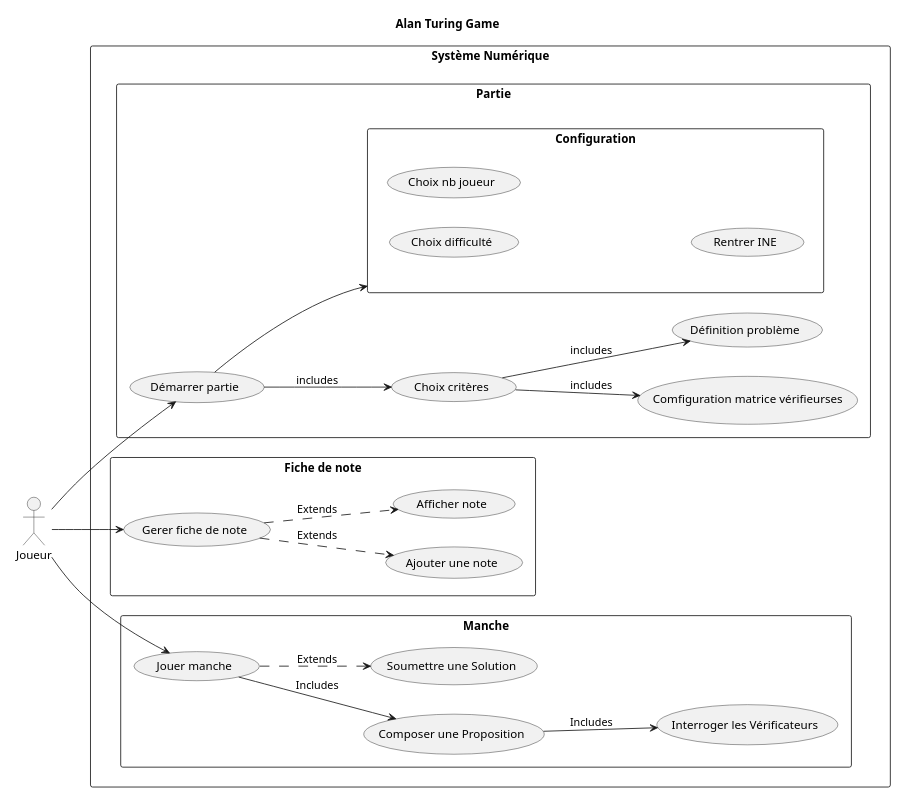
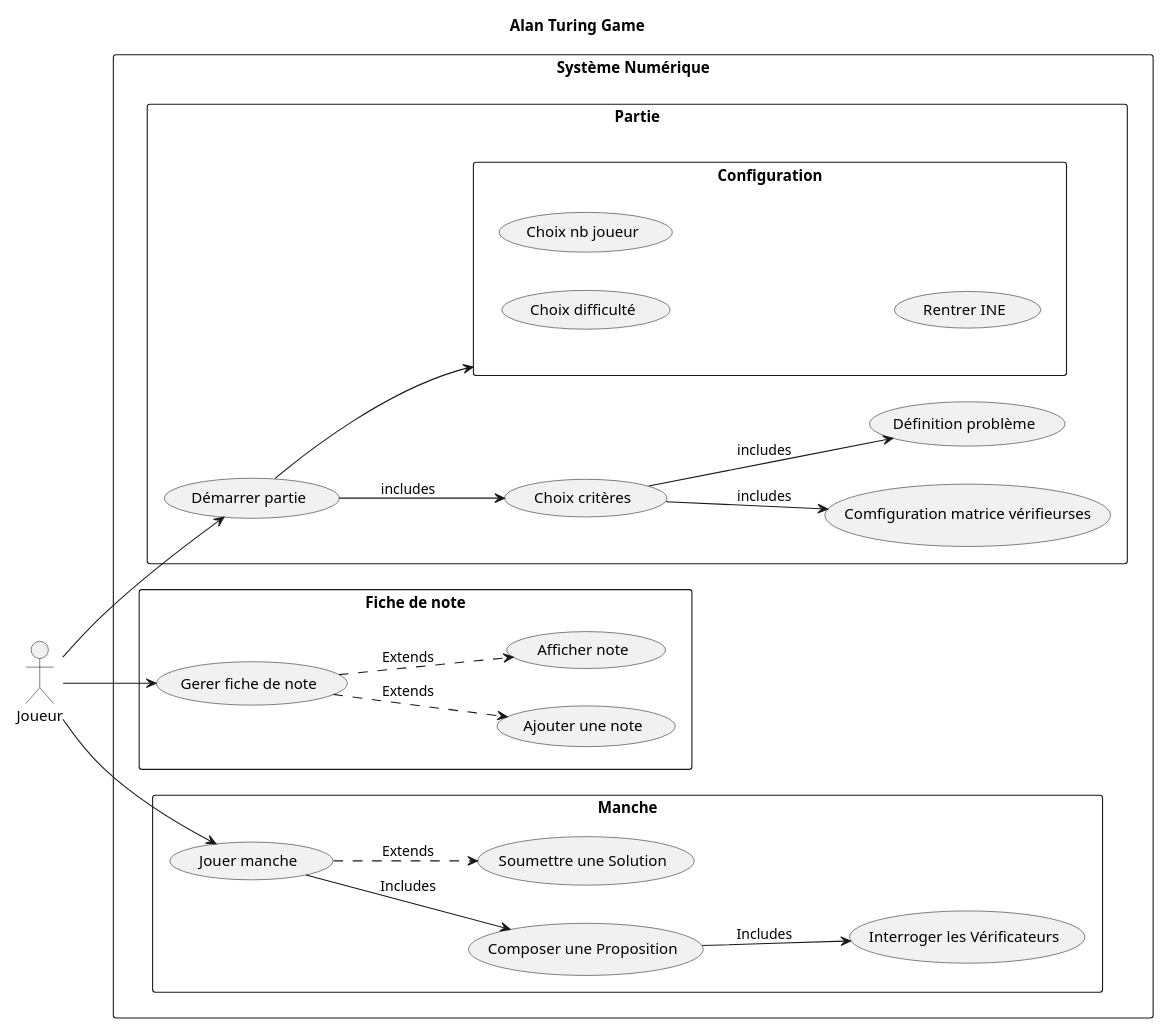
Before and after one commit to Earth-Wind-and-Fire/AP4B_Report: the diagram in Writerside/topics/Diagrammes-Use-Case.md, drawn with PlantUML. The commit also changed 3 other files, not shown here.

First line of the commit message:
Adjust PlantUML diagram scaling for better readability.

````diff
--- a/Writerside/topics/Diagrammes-Use-Case.md
+++ b/Writerside/topics/Diagrammes-Use-Case.md
@@ -14,57 +14,57 @@
 ```PlantUML
 @startuml
-scale 0.6
+scale 0.78
 
 title Alan Turing Game
 
 left to right direction
 
 actor "Joueur" as Player
 
 rectangle "Système Numérique" as System {
 
     rectangle "Partie" as game {
         usecase UC5 as "Démarrer partie"
         usecase UC6 as "Choix critères"
         usecase UC7 as "Comfiguration matrice vérifieurses"
         usecase UC8 as "Définition problème"
 
         rectangle "Configuration" as config{
                 usecase UC9 as "Choix difficulté"
                 usecase UC10 as "Choix nb joueur"
                 usecase UC14 as "Rentrer INE"
         }
 
         UC5 --> UC6 : includes
         UC6 --> UC7 : includes
         UC6 --> UC8 : includes
         UC5 --> config
     }
 
     rectangle "Fiche de note" as paper{
         usecase UC3 as "Gerer fiche de note"
         usecase UC11 as "Ajouter une note"
         usecase UC12 as "Afficher note"
 
         UC3 ..> UC11 : Extends
         UC3 ..> UC12 : Extends
     }
 
     rectangle "Manche" as round{
         usecase UC13 as "Jouer manche"
         usecase UC1 as "Composer une Proposition"
         usecase UC2 as "Interroger les Vérificateurs"
         usecase UC4 as "Soumettre une Solution"
 
         UC13 --> UC1 : Includes
         UC1 --> UC2 : Includes
         UC13 ..> UC4 : Extends
     }
 }
 
 Player --> UC5
 Player --> UC3
 Player --> UC13
 
 @enduml
 ```
````
